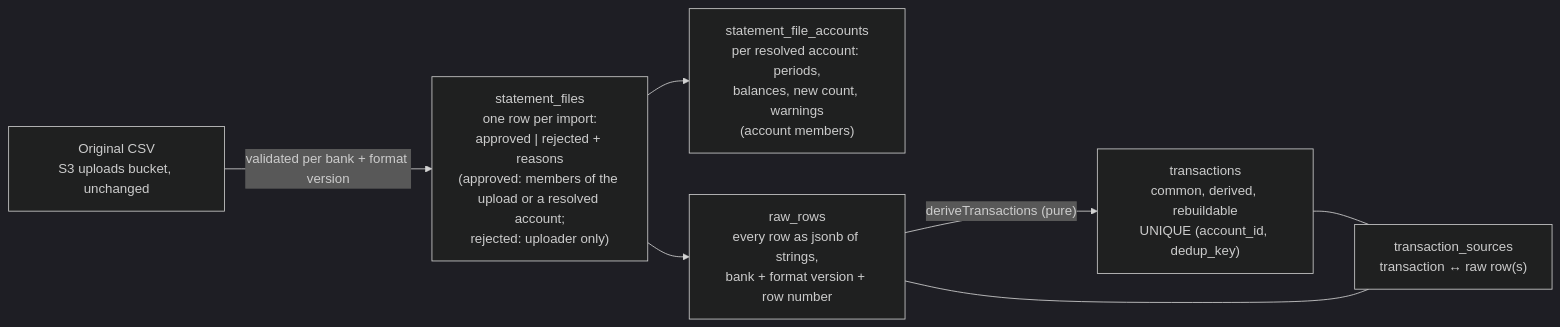
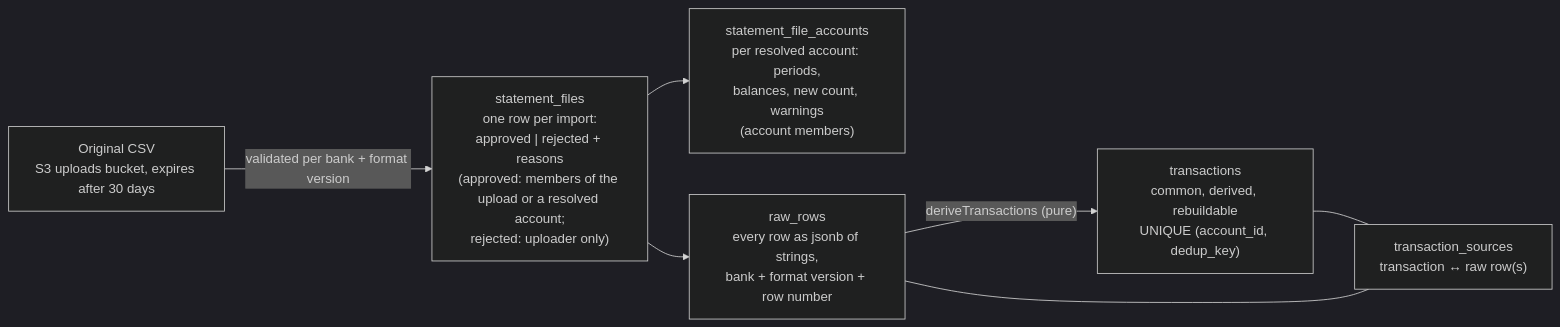
Before and after one commit to nodm/draupnir: the second of 2 diagrams in docs/architecture.md, drawn with Mermaid (dark theme). The commit also changed other lines of this file and 22 other files, not shown here.

First line of the commit message:
feat(ingestion): expire uploads after 30 days and enforce 10 MiB at S3 (#76)

````diff
--- a/docs/architecture.md
+++ b/docs/architecture.md
@@ -147,16 +147,16 @@
 ```mermaid
 graph LR
-  CSV["Original CSV<br/>S3 uploads bucket, unchanged"]
+  CSV["Original CSV<br/>S3 uploads bucket, expires after 30 days"]
   Files["statement_files<br/>one row per import:<br/>approved | rejected + reasons<br/>(approved: members of the upload or a resolved account;<br/>rejected: uploader only)"]
   FileAccts["statement_file_accounts<br/>per resolved account: periods,<br/>balances, new count, warnings<br/>(account members)"]
   Raw["raw_rows<br/>every row as jsonb of strings,<br/>bank + format version + row number"]
   Tx["transactions<br/>common, derived, rebuildable<br/>UNIQUE (account_id, dedup_key)"]
   Src["transaction_sources<br/>transaction ↔ raw row(s)"]
 
   CSV -- "validated per bank + format version" --> Files
   Files --> FileAccts
   Files --> Raw
   Raw -- "deriveTransactions (pure)" --> Tx
   Tx --- Src
   Raw --- Src
 ```
````
